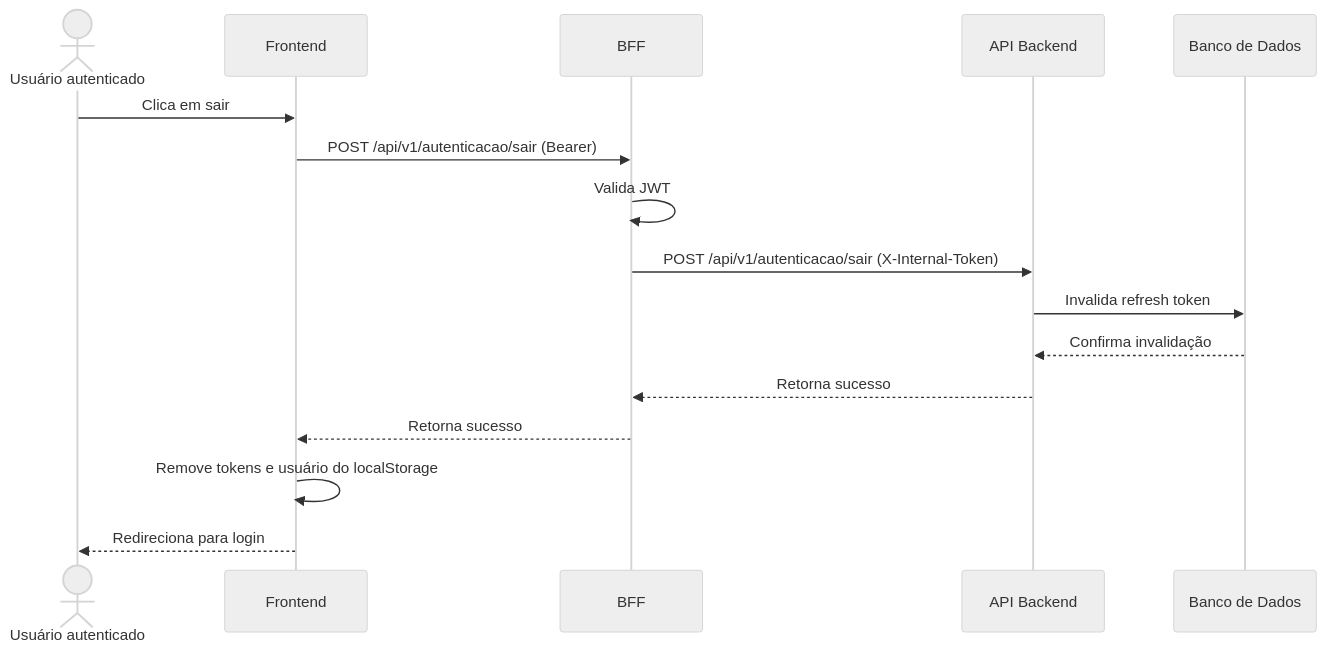
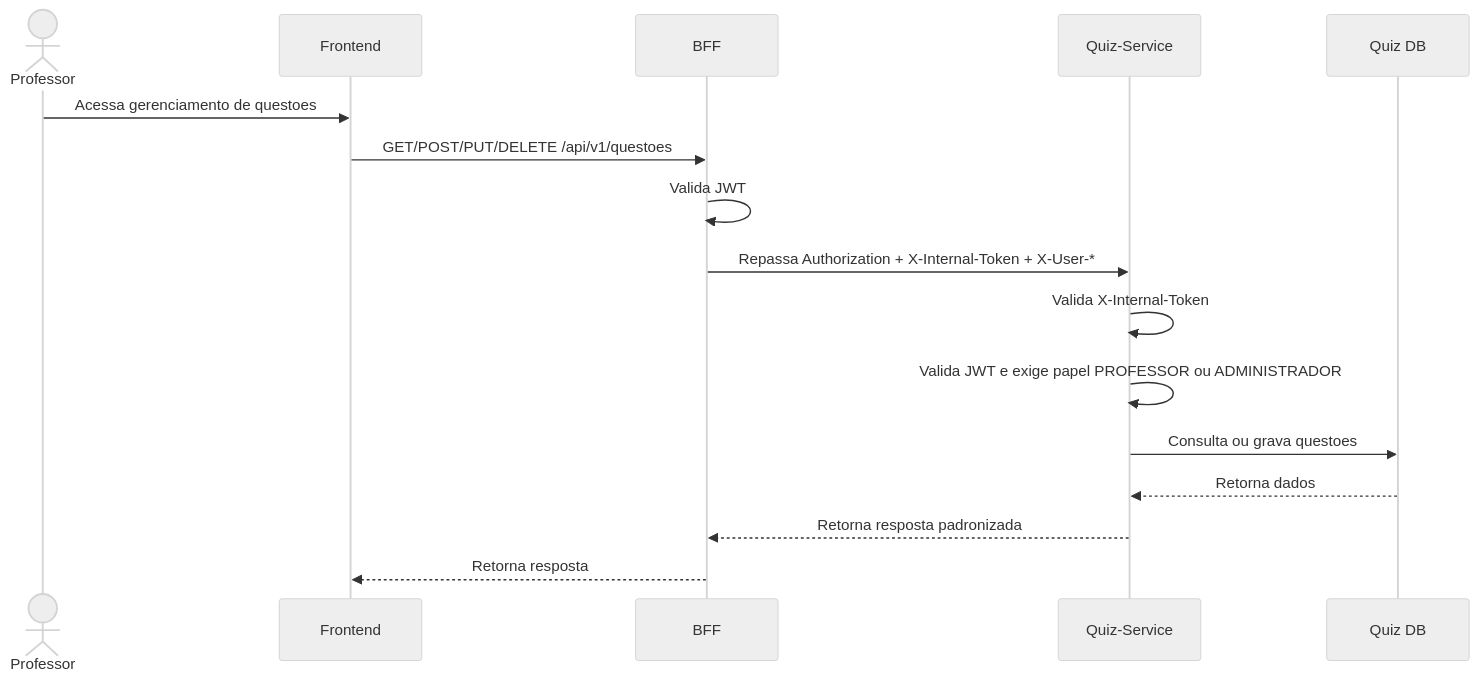
One commit to fga-eps-mds/2026-1-AnatoQuizUp-Doc changed the fifth of 5 diagrams in docs/arquitetura/visoes/processos.md. Above: the diagram before and after it, drawn with Mermaid (neutral theme). The commit also changed other lines of this file and 10 other files, not shown here.

Commit message:
docs: atualiza arquitetura para quiz-service

````diff
--- a/docs/arquitetura/visoes/processos.md
+++ b/docs/arquitetura/visoes/processos.md
@@ -203,19 +98,19 @@
 ```mermaid
 sequenceDiagram
-    actor Usuario as Usuário autenticado
+    actor Professor
     participant Frontend
     participant BFF
-    participant Backend as API Backend
-    participant Banco as Banco de Dados
+    participant Quiz as Quiz-Service
+    participant DB as Quiz DB
 
-    Usuario->>Frontend: Clica em sair
-    Frontend->>BFF: POST /api/v1/autenticacao/sair (Bearer)
+    Professor->>Frontend: Acessa gerenciamento de questoes
+    Frontend->>BFF: GET/POST/PUT/DELETE /api/v1/questoes
     BFF->>BFF: Valida JWT
-    BFF->>Backend: POST /api/v1/autenticacao/sair (X-Internal-Token)
-    Backend->>Banco: Invalida refresh token
-    Banco-->>Backend: Confirma invalidação
-    Backend-->>BFF: Retorna sucesso
-    BFF-->>Frontend: Retorna sucesso
-    Frontend->>Frontend: Remove tokens e usuário do localStorage
-    Frontend-->>Usuario: Redireciona para login
+    BFF->>Quiz: Repassa Authorization + X-Internal-Token + X-User-*
+    Quiz->>Quiz: Valida X-Internal-Token
+    Quiz->>Quiz: Valida JWT e exige papel PROFESSOR ou ADMINISTRADOR
+    Quiz->>DB: Consulta ou grava questoes
+    DB-->>Quiz: Retorna dados
+    Quiz-->>BFF: Retorna resposta padronizada
+    BFF-->>Frontend: Retorna resposta
 ```
````
